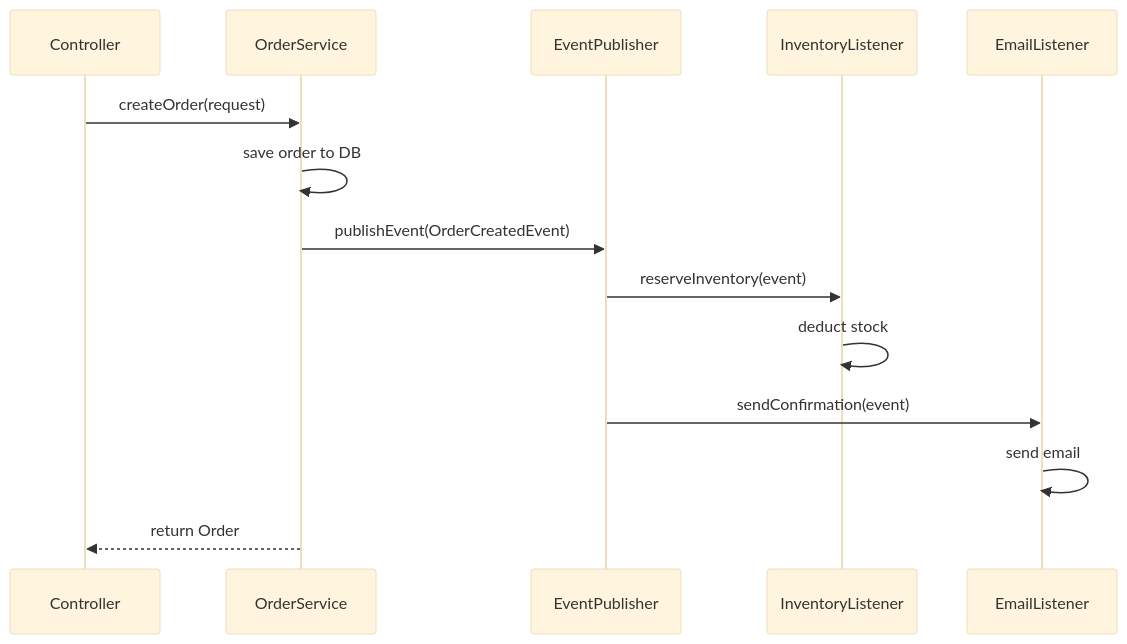
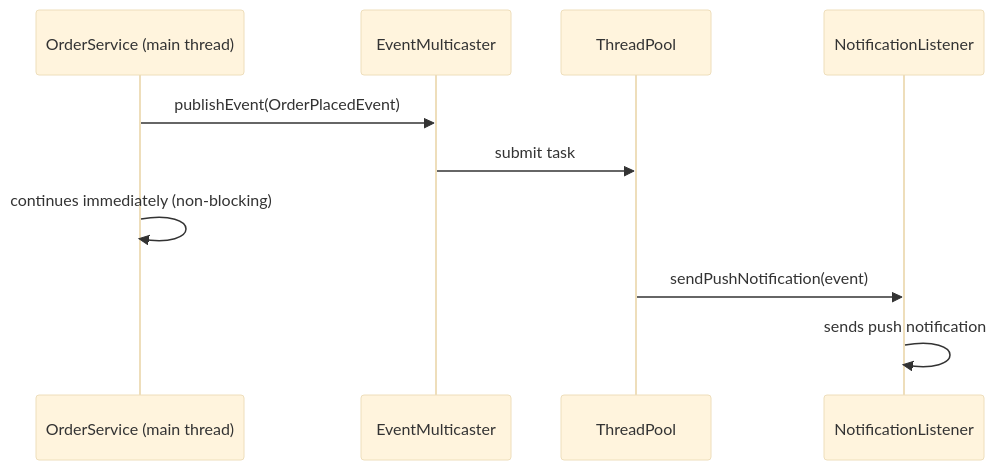
The second of 6 diagrams in docs/springboot/events.md (saivamsikaruturi/vamsilabs-dev-notes-main), drawn with Mermaid (base theme) before and after one commit. The commit also changed other lines of this file and 21 other files, not shown here.

````diff
--- a/docs/springboot/events.md
+++ b/docs/springboot/events.md
@@ -112,17 +432,13 @@
 ```mermaid
 sequenceDiagram
-    participant C as Controller
-    participant OS as OrderService
-    participant EP as EventPublisher
-    participant IL as InventoryListener
-    participant EL as EmailListener
+    participant Publisher as OrderService (main thread)
+    participant Multicaster as EventMulticaster
+    participant Pool as ThreadPool
+    participant Listener as NotificationListener
 
-    C->>OS: createOrder(request)
-    OS->>OS: save order to DB
-    OS->>EP: publishEvent(OrderCreatedEvent)
-    EP->>IL: reserveInventory(event)
-    IL->>IL: deduct stock
-    EP->>EL: sendConfirmation(event)
-    EL->>EL: send email
-    OS-->>C: return Order
+    Publisher->>Multicaster: publishEvent(OrderPlacedEvent)
+    Multicaster->>Pool: submit task
+    Publisher->>Publisher: continues immediately (non-blocking)
+    Pool->>Listener: sendPushNotification(event)
+    Listener->>Listener: sends push notification
 ```
````
